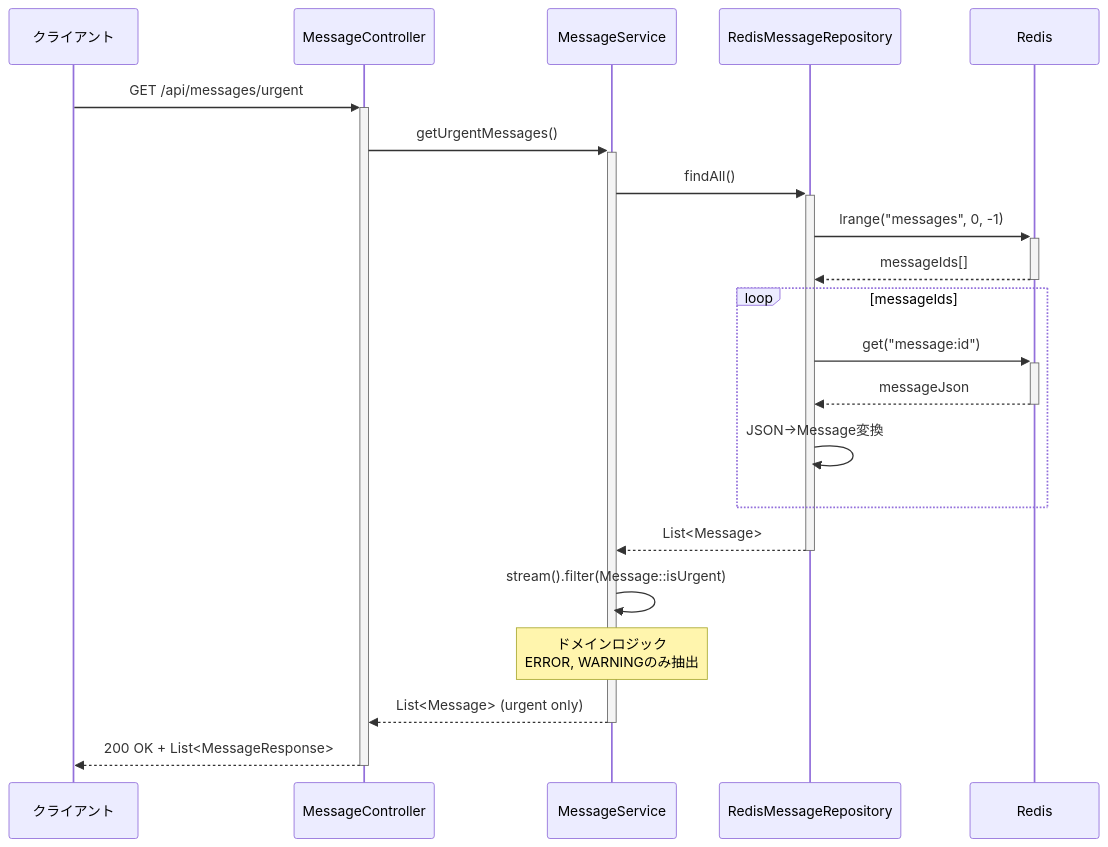
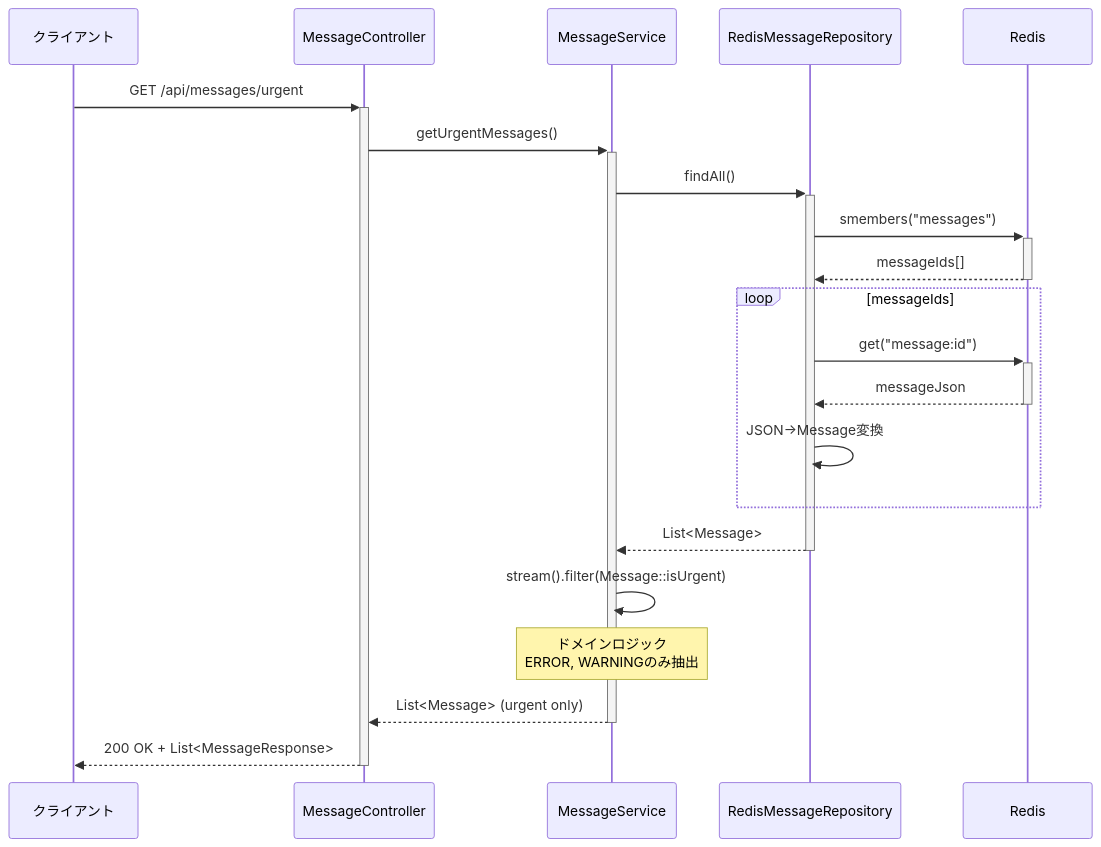
One commit to toshiakisan1127/kafka-redis-playground changed the third of 6 diagrams in docs/sequence-diagrams.md. Above: the diagram before and after it, drawn with Mermaid. The commit also changed other lines of this file, not shown here.

Commit message:
docs: Update sequence-diagrams.md to reflect Docker-first approach and current architecture

````diff
--- a/docs/sequence-diagrams.md
+++ b/docs/sequence-diagrams.md
@@ -88,29 +81,29 @@
 ```mermaid
 sequenceDiagram
     participant Client as クライアント
     participant Controller as MessageController
     participant Service as MessageService
     participant Repository as RedisMessageRepository
     participant Redis as Redis
 
     Client->>+Controller: GET /api/messages/urgent
     Controller->>+Service: getUrgentMessages()
     Service->>+Repository: findAll()
     
-    Repository->>+Redis: lrange("messages", 0, -1)
+    Repository->>+Redis: smembers("messages")
     Redis-->>-Repository: messageIds[]
     
     loop messageIds
         Repository->>+Redis: get("message:id")
         Redis-->>-Repository: messageJson
         Repository->>Repository: JSON→Message変換
     end
     
     Repository-->>-Service: List<Message>
     
     Service->>Service: stream().filter(Message::isUrgent)
     Note over Service: ドメインロジック<br/>ERROR, WARNINGのみ抽出
     
     Service-->>-Controller: List<Message> (urgent only)
     Controller-->>-Client: 200 OK + List<MessageResponse>
 ```
````
